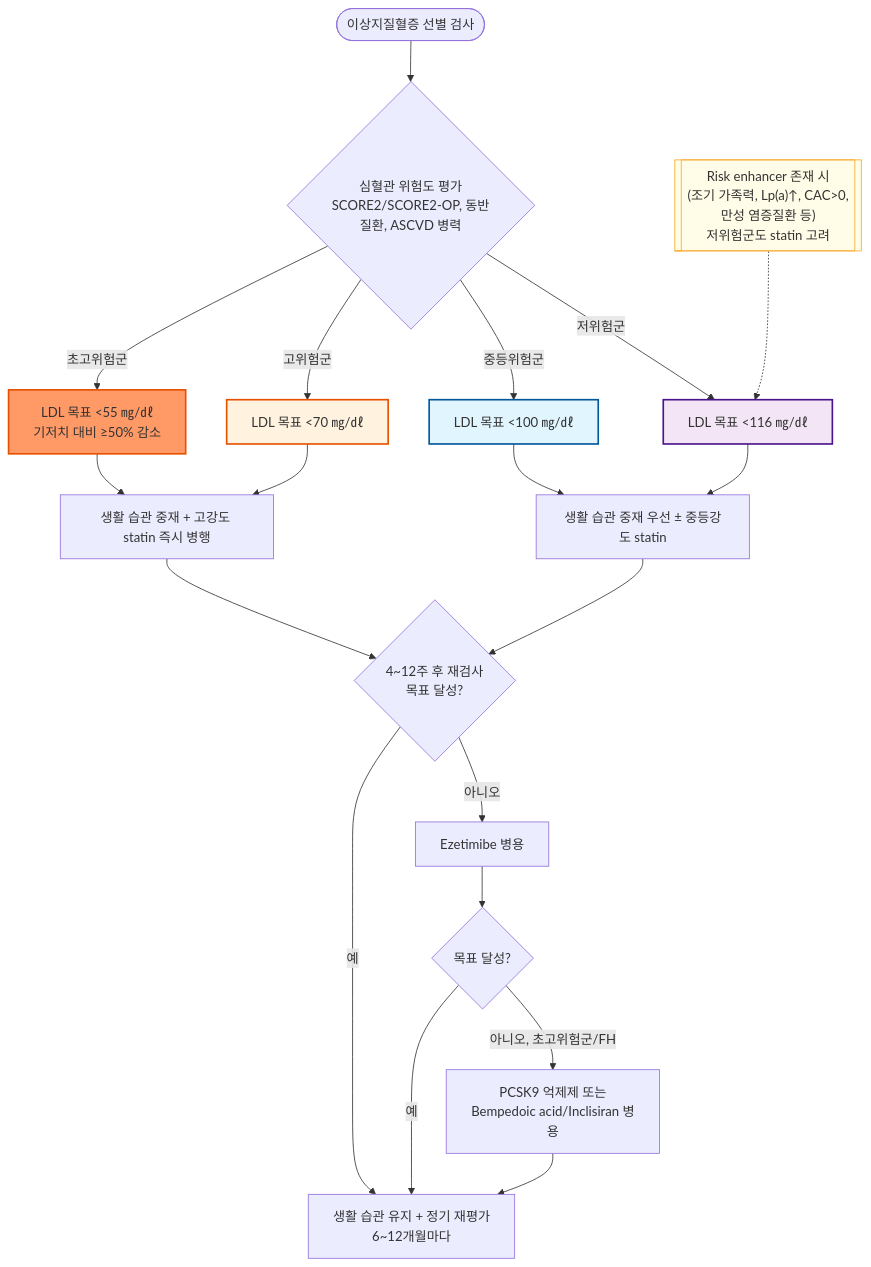
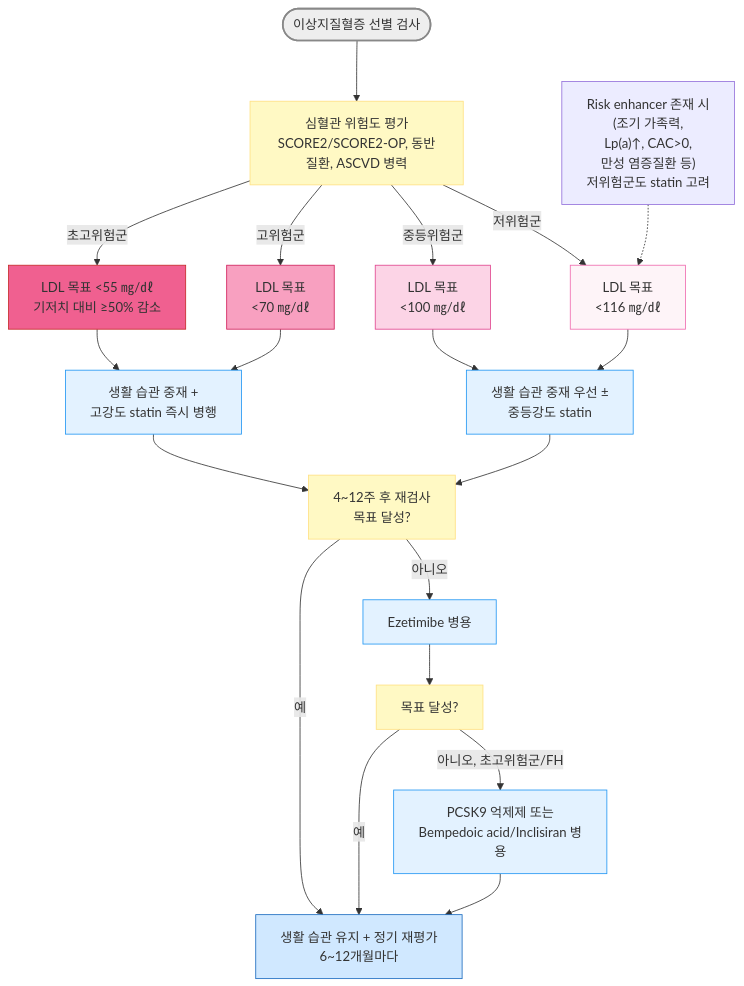
The diagram in 225_/099_-dyslipidemia.md (familyoh77/familyoh77), drawn with Mermaid before and after one commit. The commit also changed other lines of this file, not shown here.

````diff
--- a/225_/099_-dyslipidemia.md
+++ b/225_/099_-dyslipidemia.md
@@ -226,26 +214,33 @@
 ```mermaid
 graph TD
-    A([이상지질혈증 선별 검사]) --> B{심혈관 위험도 평가<br/>SCORE2/SCORE2-OP, 동반질환, ASCVD 병력}
+    A([이상지질혈증 선별 검사]) --> B[심혈관 위험도 평가<br/>SCORE2/SCORE2-OP, 동반질환, ASCVD 병력]
     B -->|초고위험군| C[LDL 목표 &lt;55 ㎎/㎗<br/>기저치 대비 ≥50% 감소]
-    B -->|고위험군| D[LDL 목표 &lt;70 ㎎/㎗]
-    B -->|중등위험군| E[LDL 목표 &lt;100 ㎎/㎗]
-    B -->|저위험군| F[LDL 목표 &lt;116 ㎎/㎗]
-    N[["Risk enhancer 존재 시<br/>(조기 가족력, Lp(a)↑, CAC&gt;0,<br/>만성 염증질환 등)<br/>저위험군도 statin 고려"]] -.-> F
-    C --> G[생활 습관 중재 + 고강도 statin 즉시 병행]
+    B -->|고위험군| D[LDL 목표<br/><70 ㎎/㎗]
+    B -->|중등위험군| E[LDL 목표<br/><100 ㎎/㎗]
+    B -->|저위험군| F[LDL 목표<br/><116 ㎎/㎗]
+    N["Risk enhancer 존재 시<br/>(조기 가족력, <br/>Lp(a)↑, CAC&gt;0,<br/>만성 염증질환 등)<br/>저위험군도 statin 고려"] -.-> F
+    C --> G[생활 습관 중재 + <br/>고강도 statin 즉시 병행]
     D --> G
-    E --> H[생활 습관 중재 우선 ± 중등강도 statin]
+    E --> H[생활 습관 중재 우선 ± <br/>중등강도 statin]
     F --> H
-    G --> I{4~12주 후 재검사<br/>목표 달성?}
+    G --> I[4~12주 후 재검사<br/>목표 달성?]
     H --> I
     I -->|아니오| J[Ezetimibe 병용]
-    J --> K{목표 달성?}
+    J --> K[목표 달성?]
     K -->|아니오, 초고위험군/FH| L[PCSK9 억제제 또는<br/>Bempedoic acid/Inclisiran 병용]
     I -->|예| M[생활 습관 유지 + 정기 재평가<br/>6~12개월마다]
     K -->|예| M
     L --> M
-    style C fill:#f96,stroke:#e65100,stroke-width:2px
-    style D fill:#fff3e0,stroke:#e65100,stroke-width:2px
-    style E fill:#e1f5fe,stroke:#01579b,stroke-width:2px
-    style F fill:#f3e5f5,stroke:#4a148c,stroke-width:2px
-    style N fill:#fffde7,stroke:#f9a825,stroke-width:1px
+
+style A fill:#eeeeee,stroke:#888888,stroke-width:2px
+classDef yellow fill:#fff9c4,stroke:#ffe082
+class B,I,K yellow
+style F fill:#fef4f8,stroke:#f06baf
+style E fill:#fcd4e6,stroke:#e0448e
+style D fill:#f8a0c0,stroke:#d01f5a
+style C fill:#f06090,stroke:#c62828
+classDef sky fill:#e3f2ff,stroke:#2196f3
+class G,H,J,L sky
+style M fill:#d0e8ff,stroke:#1a6abf
+
 ```
````
